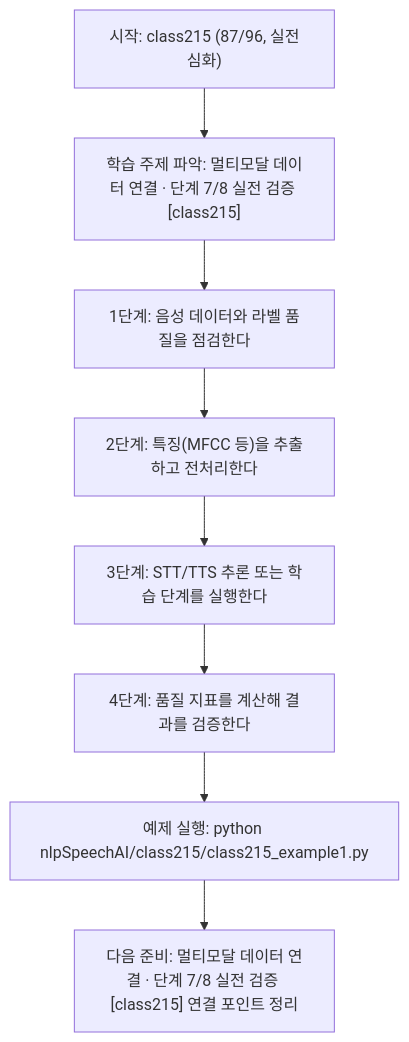
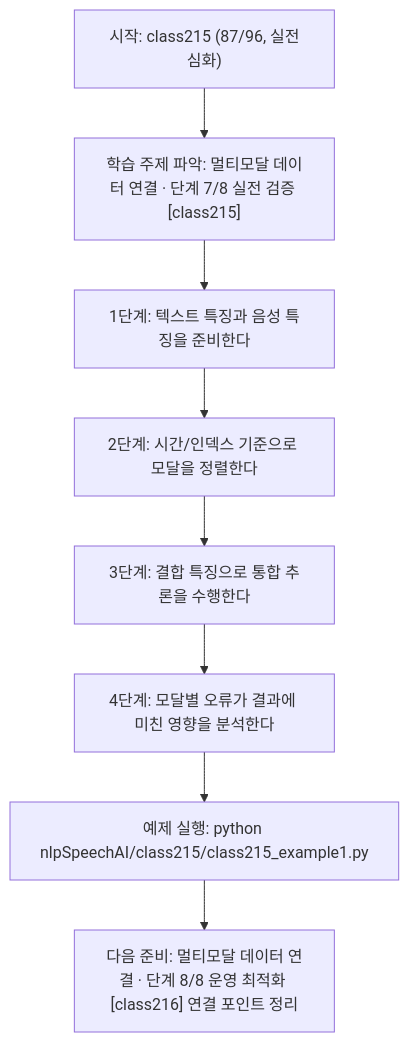
One commit to edumgt/Python-AI_Agent-Class changed the diagram in nlpSpeechAI/class215/class215.md. Above: the diagram before and after it, drawn with Mermaid. The commit also changed other lines of this file and 1122 other files, not shown here.

````diff
--- a/nlpSpeechAI/class215/class215.md
+++ b/nlpSpeechAI/class215/class215.md
@@ -114,18 +95,18 @@
 ```mermaid
 flowchart TD
 N1["시작: class215 (87/96, 실전심화)"]
 N2["학습 주제 파악: 멀티모달 데이터 연결 · 단계 7/8 실전 검증 [class215]"]
-N3["1단계: 음성 데이터와 라벨 품질을 점검한다"]
-N4["2단계: 특징(MFCC 등)을 추출하고 전처리한다"]
-N5["3단계: STT/TTS 추론 또는 학습 단계를 실행한다"]
-N6["4단계: 품질 지표를 계산해 결과를 검증한다"]
+N3["1단계: 텍스트 특징과 음성 특징을 준비한다"]
+N4["2단계: 시간/인덱스 기준으로 모달을 정렬한다"]
+N5["3단계: 결합 특징으로 통합 추론을 수행한다"]
+N6["4단계: 모달별 오류가 결과에 미친 영향을 분석한다"]
 N7["예제 실행: python nlpSpeechAI/class215/class215_example1.py"]
-N8["다음 준비: 멀티모달 데이터 연결 · 단계 7/8 실전 검증 [class215] 연결 포인트 정리"]
+N8["다음 준비: 멀티모달 데이터 연결 · 단계 8/8 운영 최적화 [class216] 연결 포인트 정리"]
 N1 --> N2
 N2 --> N3
 N3 --> N4
 N4 --> N5
 N5 --> N6
 N6 --> N7
 N7 --> N8
 ```
````
